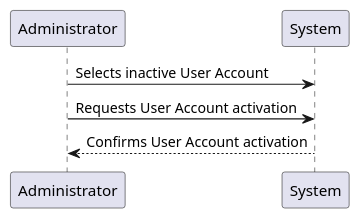
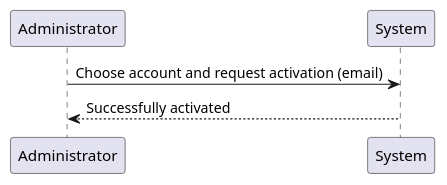
The diagram in docs/modelling_design/user_stories/us006/US006_ActivateUserAccountSSD.puml (ivo-menezes/project_g3), drawn with PlantUML before and after one commit.

Commit message:
US006: Analysis: Update Activate user Account SSD

```diff
--- a/docs/modelling_design/user_stories/us006/US006_ActivateUserAccountSSD.puml
+++ b/docs/modelling_design/user_stories/us006/US006_ActivateUserAccountSSD.puml
@@ -1,8 +1,6 @@
 @startuml
-'https://plantuml.com/sequence-diagram
 
-Administrator -> System: Selects inactive User Account
-Administrator -> System: Requests User Account activation
-Administrator <-- System: Confirms User Account activation
+Administrator -> System: Choose account and request activation (email)
+Administrator <-- System: Successfully activated
 
 @enduml
```
